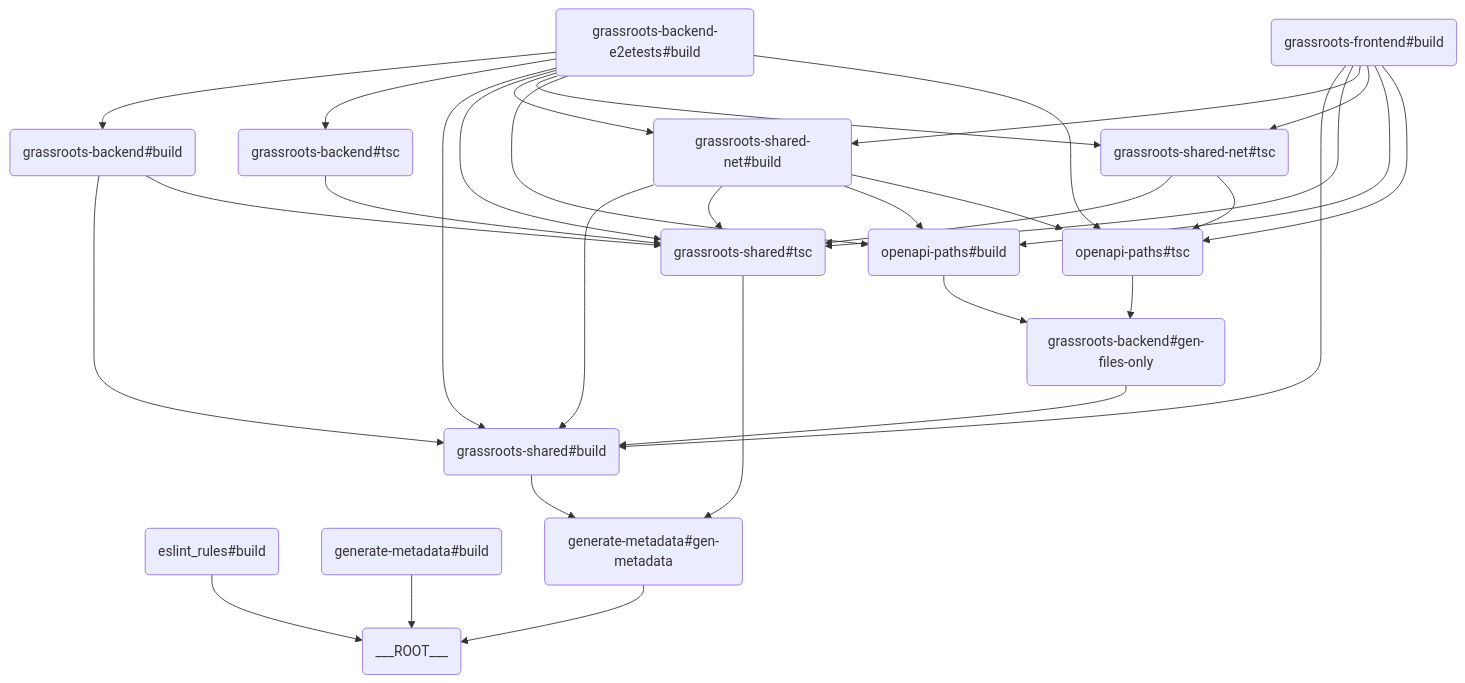
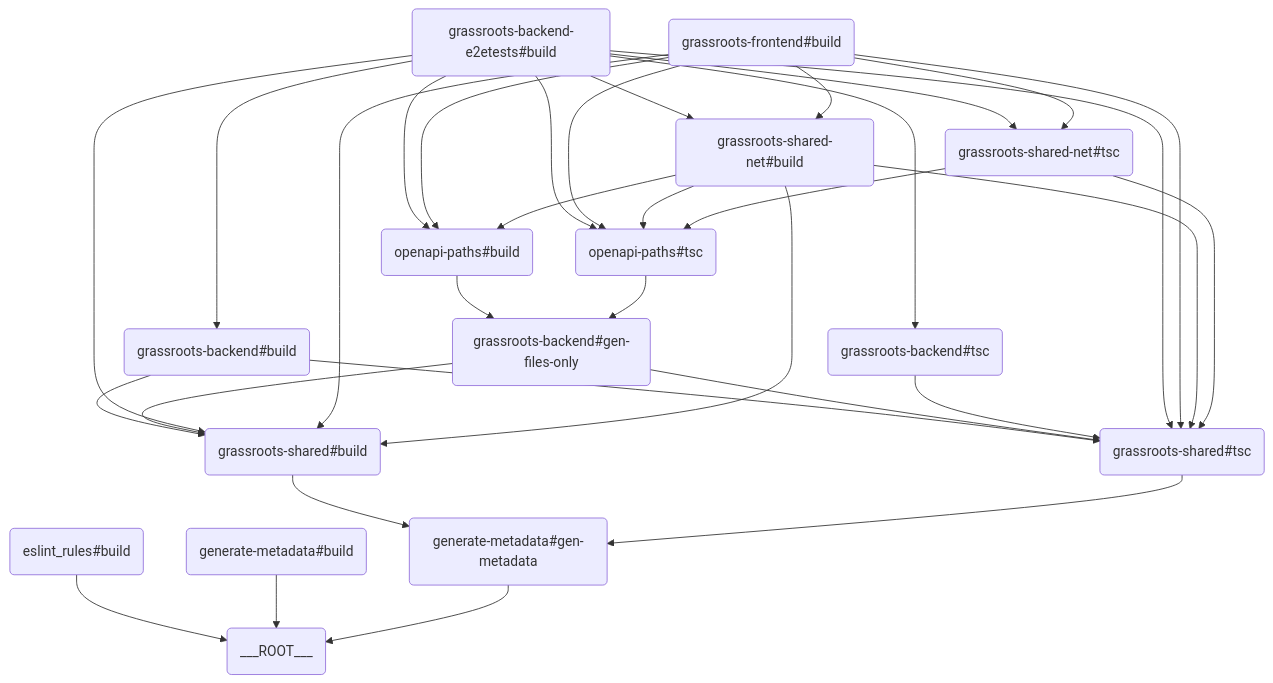
Before and after one commit to gpo/grassroots: the diagram in docs/buildgraph.mermaid, drawn with Mermaid. The commit also changed 6 other files, not shown here.

```diff
--- a/docs/buildgraph.mermaid
+++ b/docs/buildgraph.mermaid
@@ -1,32 +1,33 @@
 graph TD
 	QHZT("eslint_rules#build") --> ETTT("___ROOT___")
 	JEGP("generate-metadata#build") --> ETTT("___ROOT___")
 	EMLE("generate-metadata#gen-metadata") --> ETTT("___ROOT___")
 	LRHC("grassroots-backend#build") --> GLAO("grassroots-shared#build")
 	LRHC("grassroots-backend#build") --> VELR("grassroots-shared#tsc")
 	TXWC("grassroots-backend#gen-files-only") --> GLAO("grassroots-shared#build")
+	TXWC("grassroots-backend#gen-files-only") --> VELR("grassroots-shared#tsc")
 	WCIN("grassroots-backend#tsc") --> VELR("grassroots-shared#tsc")
 	TPBW("grassroots-backend-e2etests#build") --> LRHC("grassroots-backend#build")
 	TPBW("grassroots-backend-e2etests#build") --> WCIN("grassroots-backend#tsc")
 	TPBW("grassroots-backend-e2etests#build") --> GLAO("grassroots-shared#build")
 	TPBW("grassroots-backend-e2etests#build") --> VELR("grassroots-shared#tsc")
 	TPBW("grassroots-backend-e2etests#build") --> BHWE("grassroots-shared-net#build")
 	TPBW("grassroots-backend-e2etests#build") --> MKNG("grassroots-shared-net#tsc")
 	TPBW("grassroots-backend-e2etests#build") --> IRKD("openapi-paths#build")
 	TPBW("grassroots-backend-e2etests#build") --> UWBQ("openapi-paths#tsc")
 	FBWM("grassroots-frontend#build") --> GLAO("grassroots-shared#build")
 	FBWM("grassroots-frontend#build") --> VELR("grassroots-shared#tsc")
 	FBWM("grassroots-frontend#build") --> BHWE("grassroots-shared-net#build")
 	FBWM("grassroots-frontend#build") --> MKNG("grassroots-shared-net#tsc")
 	FBWM("grassroots-frontend#build") --> IRKD("openapi-paths#build")
 	FBWM("grassroots-frontend#build") --> UWBQ("openapi-paths#tsc")
 	GLAO("grassroots-shared#build") --> EMLE("generate-metadata#gen-metadata")
 	VELR("grassroots-shared#tsc") --> EMLE("generate-metadata#gen-metadata")
 	BHWE("grassroots-shared-net#build") --> GLAO("grassroots-shared#build")
 	BHWE("grassroots-shared-net#build") --> VELR("grassroots-shared#tsc")
 	BHWE("grassroots-shared-net#build") --> IRKD("openapi-paths#build")
 	BHWE("grassroots-shared-net#build") --> UWBQ("openapi-paths#tsc")
 	MKNG("grassroots-shared-net#tsc") --> VELR("grassroots-shared#tsc")
 	MKNG("grassroots-shared-net#tsc") --> UWBQ("openapi-paths#tsc")
 	IRKD("openapi-paths#build") --> TXWC("grassroots-backend#gen-files-only")
 	UWBQ("openapi-paths#tsc") --> TXWC("grassroots-backend#gen-files-only")
```
